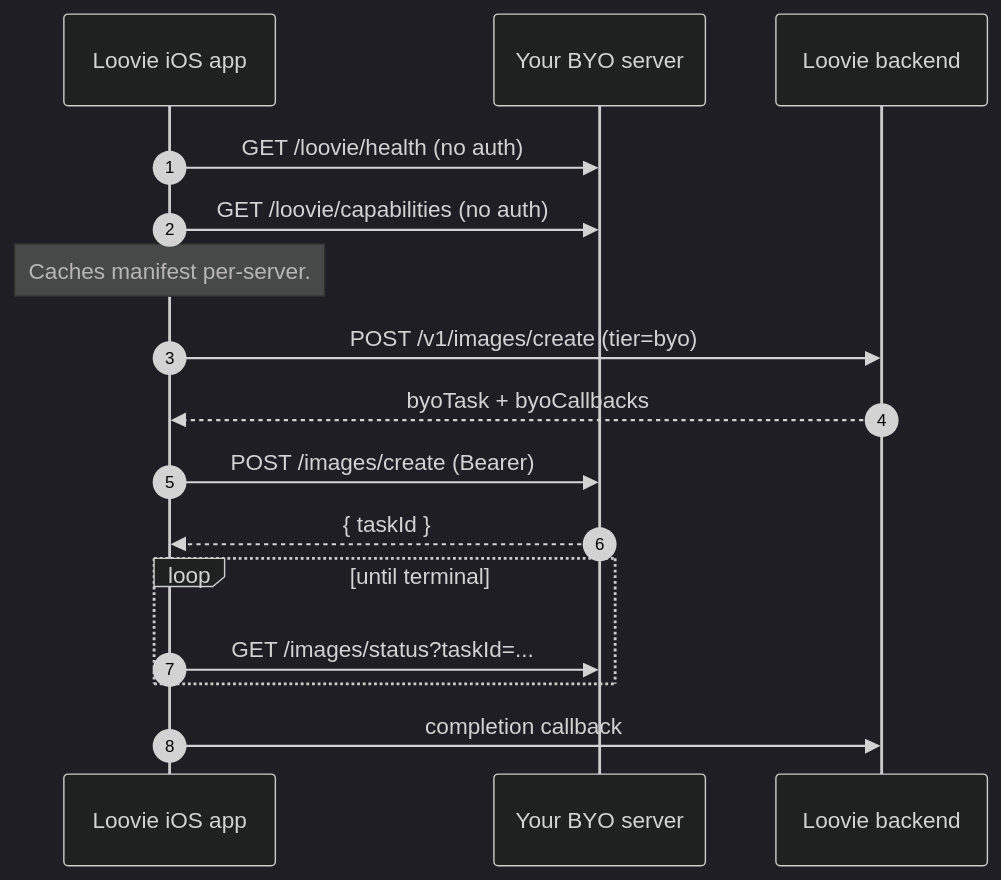
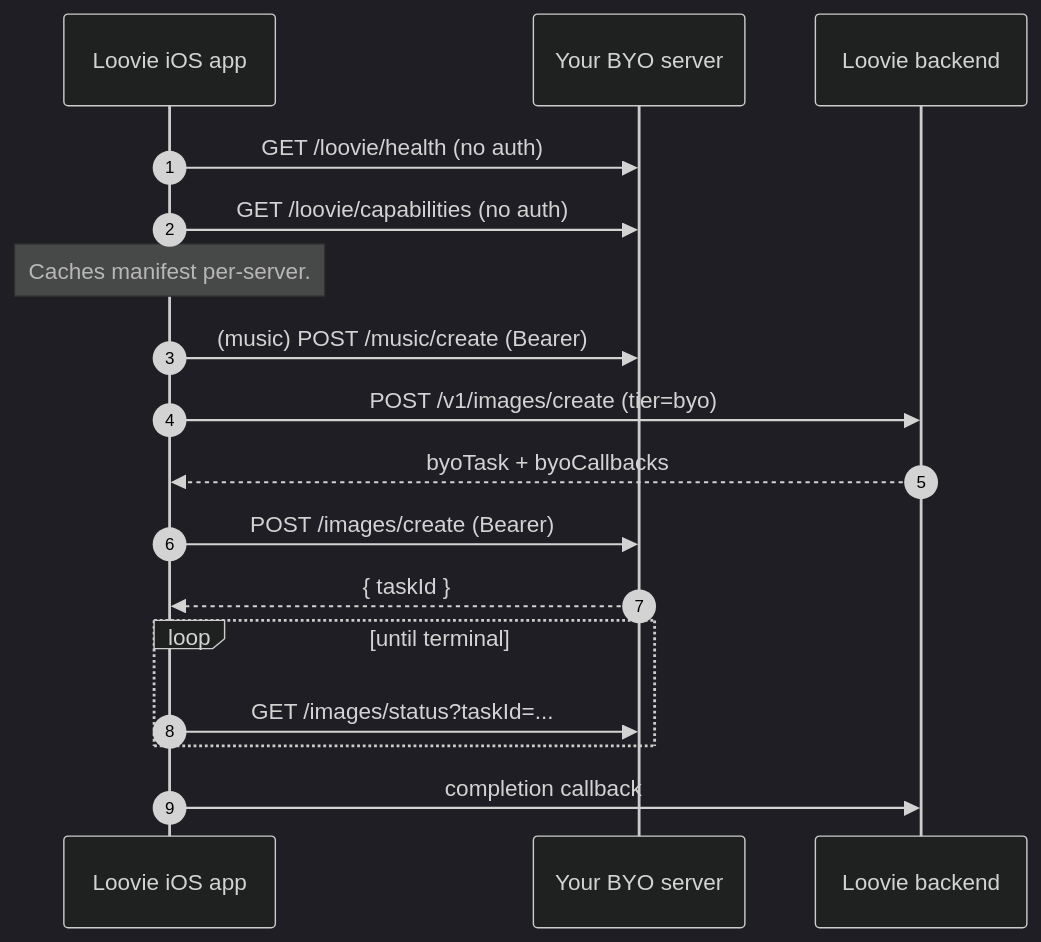
One commit to looviehq/loovie-community changed the diagram in README.md. Above: the diagram before and after it, drawn with Mermaid (dark theme). The commit also changed other lines of this file and 21 other files, not shown here.

````diff
--- a/README.md
+++ b/README.md
@@ -57,19 +68,20 @@
 ```mermaid
 sequenceDiagram
     autonumber
     participant App as Loovie iOS app
     participant Srv as Your BYO server
     participant API as Loovie backend
 
     App->>Srv: GET /loovie/health  (no auth)
     App->>Srv: GET /loovie/capabilities  (no auth)
     Note over App: Caches manifest per-server.
+    App->>Srv: (music) POST /music/create (Bearer)
     App->>API: POST /v1/images/create (tier=byo)
     API-->>App: byoTask + byoCallbacks
     App->>Srv: POST /images/create (Bearer)
     Srv-->>App: { taskId }
     loop until terminal
       App->>Srv: GET /images/status?taskId=...
     end
     App->>API: completion callback
 ```
````
